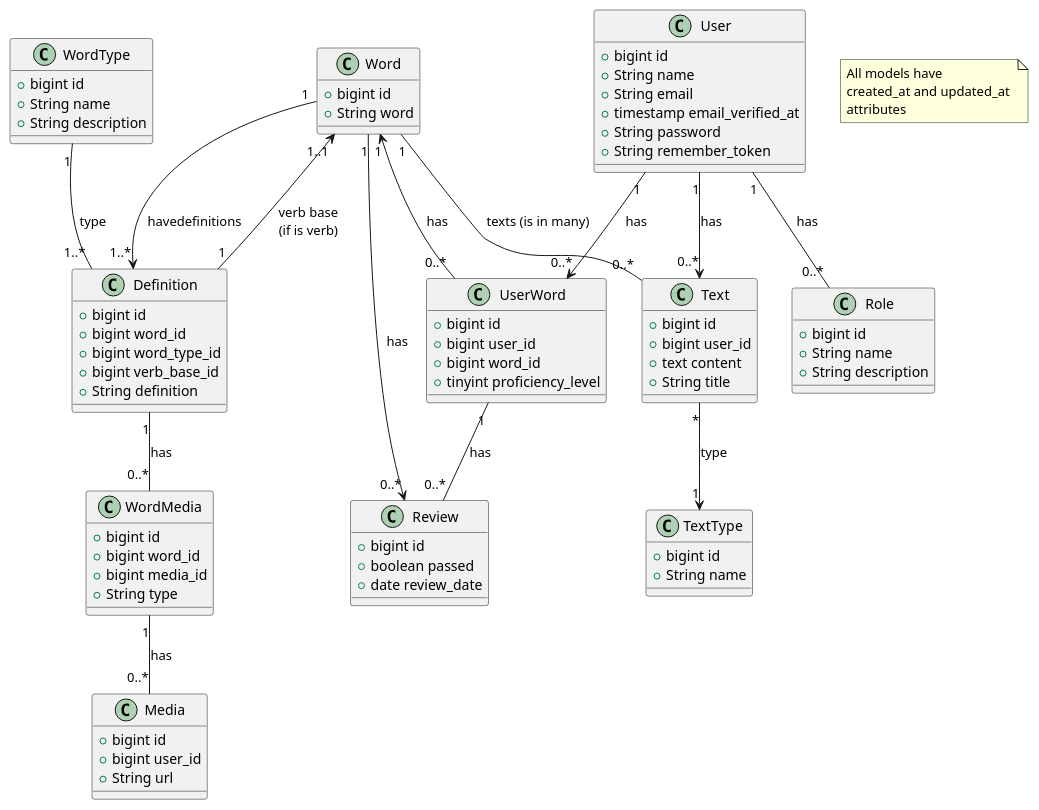
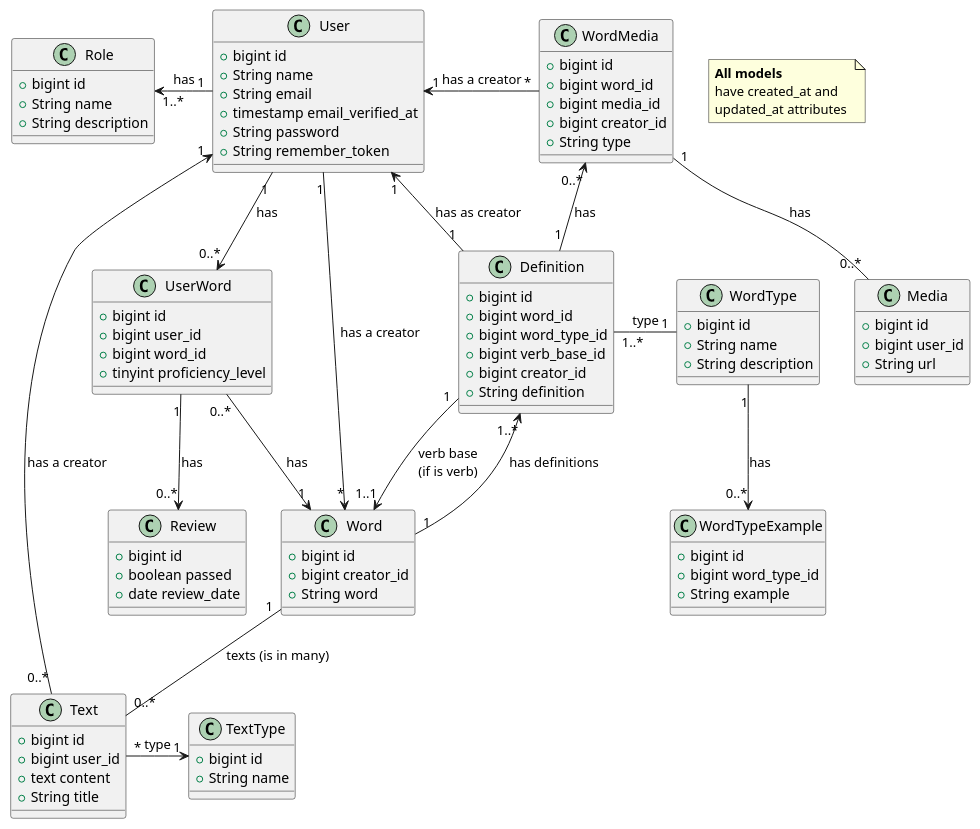
The diagram in docs/entities.wsd (jfcodiaz/my-vocabulary-api), drawn with PlantUML before and after one commit. The commit also changed 10 other files, not shown here.

First line of the commit message:
🚀 [#29] Modify Database Schema 🎨

```diff
--- a/docs/entities.wsd
+++ b/docs/entities.wsd
@@ -1,90 +1,104 @@
  @startuml Entities
+
+    class UserWord {
+        +bigint id
+        +bigint user_id
+        +bigint word_id
+        +tinyint proficiency_level
+    }
+
+    class Definition {
+        +bigint id
+        +bigint word_id
+        +bigint word_type_id
+        +bigint verb_base_id
+        +bigint creator_id
+        +String definition
+    }
+
+    class Word {
+        +bigint id
+        +bigint creator_id
+        +String word
+    }
+
+    class WordMedia {
+        +bigint id
+        +bigint word_id
+        +bigint media_id
+        +bigint creator_id
+        +String type
+    }
 
     class User {
         +bigint id
         +String name
         +String email
         +timestamp email_verified_at
         +String password
         +String remember_token
-    }
-
-    class UserWord {
-        +bigint id
-        +bigint user_id
-        +bigint word_id
-        +tinyint proficiency_level
-    }
-
-    class Word {
-        +bigint id
-        +String word
-    }
-
-    class Definition {
-        +bigint id
-        +bigint word_id
-        +bigint word_type_id
-        +bigint verb_base_id
-        +String definition
     }
 
     class Review {
         +bigint id
         +boolean passed
         +date review_date
     }
 
     class Text {
         +bigint id
         +bigint user_id
         +text content
         +String title
     }
 
     class TextType {
         +bigint id
         +String name
     }
 
     class Media {
         +bigint id
         +bigint user_id
         +String url
     }
 
-    class WordMedia {
-        +bigint id
-        +bigint word_id
-        +bigint media_id
-        +String type
-    }
+
 
     class Role {
         +bigint id
         +String name
         +String description
     }
 
     class WordType {
         +bigint id
         +String name
         +String description
     }
 
-    note "All models have \ncreated_at and updated_at \nattributes " as N1
-    Word "1" --> "0..*" Review : has
+    class WordTypeExample {
+        +bigint id
+        +bigint word_type_id
+        +String example
+    }
+
+    note "<b>All models</b> \nhave created_at and \nupdated_at attributes " as N1
+
+    WordType "1" --> "0..*" WordTypeExample : has
+    User "1" <-- "0..*" Text : has a creator
+    Text "*" -right-> "1" TextType : type
+    User "1" --> "0..*" UserWord : has
+    UserWord "1" -down-> "0..*" Review : has
+    Word "1" --> "1..*" Definition :  has definitions
     Word "1" -- "0..*" Text : texts (is in many)
-    User "1" --> "0..*" Text : has
-    Text "*" --> "1" TextType : type
-    User "1" --> "0..*" UserWord : has
-    Word "1" <-- "0..*" UserWord : has
-    UserWord "1" -- "0..*" Review : has
-    Word "1" --> "1..*" Definition :  havedefinitions
-    WordType "1" -- "1..*" Definition : type
+    Word "1" <-left- "0..*" UserWord : has
+    WordType "1" -left- "1..*" Definition : type
     WordMedia "1" -- "0..*" Media : has
-    Definition "1" -- "0..*" WordMedia : has
-    User "1" -- "0..*" Role : has
+    WordMedia "*" -left-> "1" User : has a creator
+    Definition "1" -up-> "0..*" WordMedia : has
+    User "1" -left-> "1..*" Role : has
     Definition "1" --> "1..1" Word : verb base\n(if is verb)
-
+    Definition "1" --> "1" User : has as creator
+    Word "*" <-up- "1" User: has a creator
 @enduml
```
